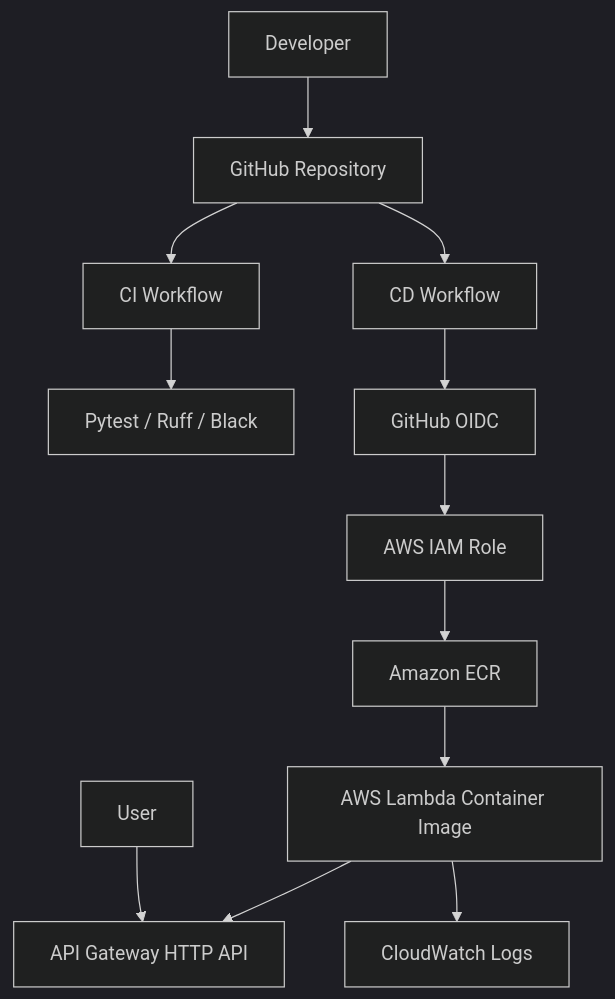
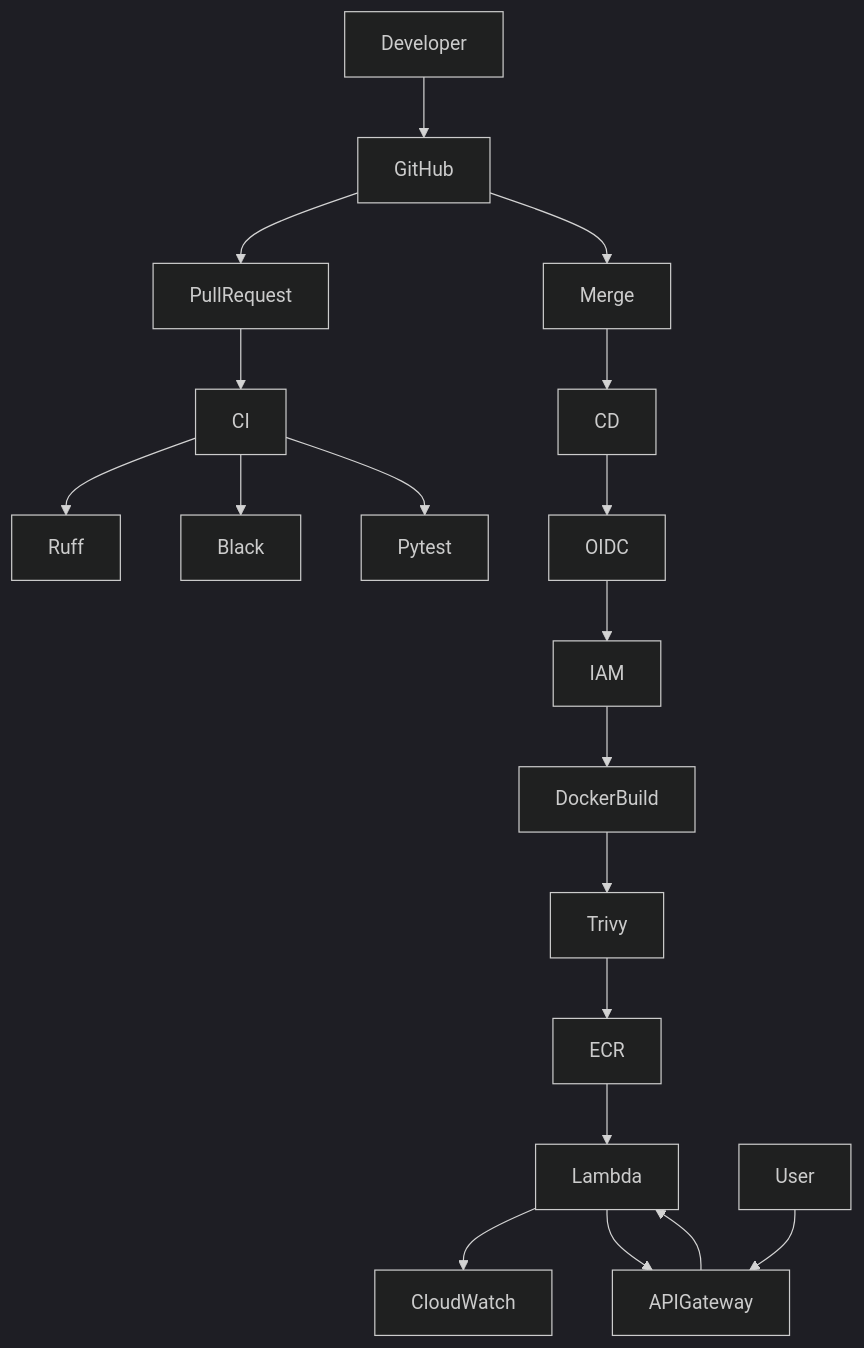
Before and after one commit to rajskirajski/fuel-consumption-calculator: the first of 2 diagrams in README.md, drawn with Mermaid (dark theme). The commit also changed other lines of this file, not shown here.

````diff
--- a/README.md
+++ b/README.md
@@ -29,14 +60,39 @@
 ```mermaid
 flowchart TD
-    Dev[Developer] --> GitHub[GitHub Repository]
-    GitHub --> CI[CI Workflow]
-    CI --> Tests[Pytest / Ruff / Black]
-    GitHub --> CD[CD Workflow]
-    CD --> OIDC[GitHub OIDC]
-    OIDC --> IAM[AWS IAM Role]
-    IAM --> ECR[Amazon ECR]
-    ECR --> Lambda[AWS Lambda Container Image]
-    Lambda --> APIGW[API Gateway HTTP API]
-    Lambda --> Logs[CloudWatch Logs]
-    User[User] --> APIGW
+
+Developer --> GitHub
+
+GitHub --> PullRequest
+
+PullRequest --> CI
+
+CI --> Ruff
+
+CI --> Black
+
+CI --> Pytest
+
+GitHub --> Merge
+
+Merge --> CD
+
+CD --> OIDC
+
+OIDC --> IAM
+
+IAM --> DockerBuild
+
+DockerBuild --> Trivy
+
+Trivy --> ECR
+
+ECR --> Lambda
+
+Lambda --> CloudWatch
+
+Lambda --> APIGateway
+
+User --> APIGateway
+
+APIGateway --> Lambda
 ```
````
